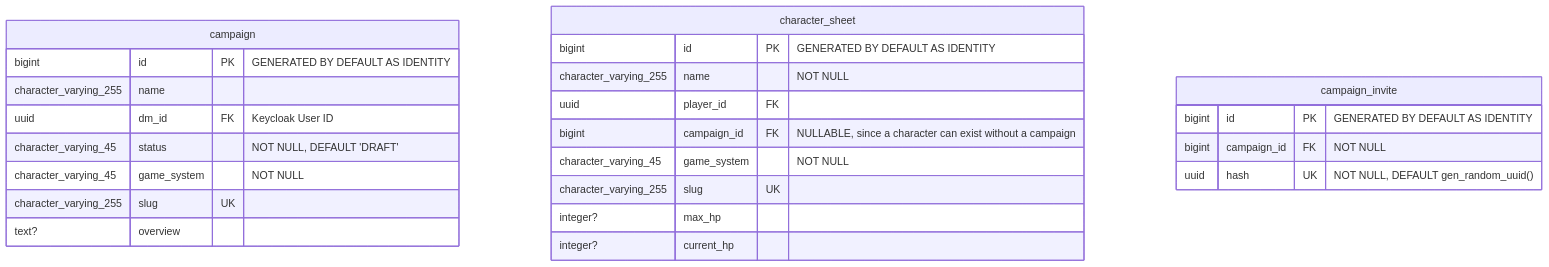
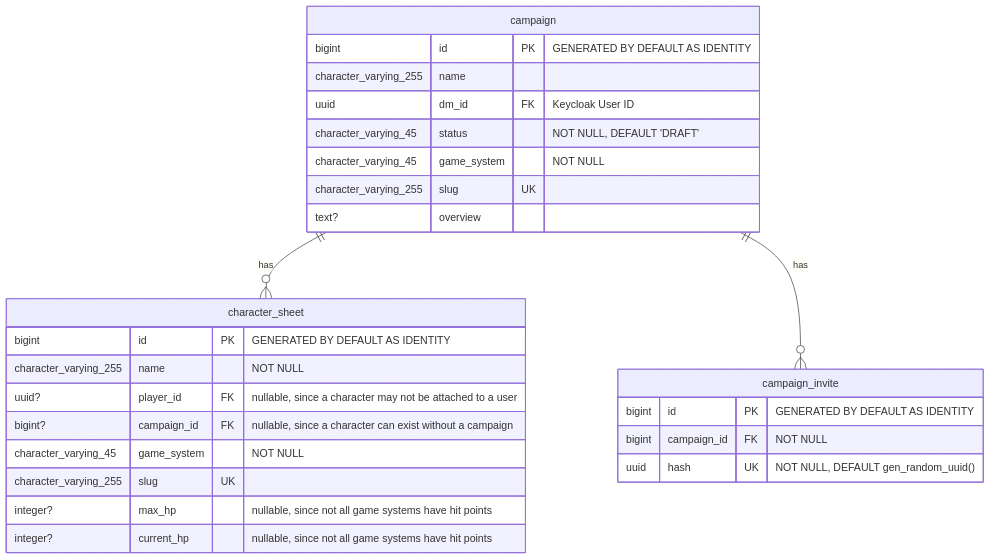
The diagram in README.md (hannaBanannaOF/questmaster-core), drawn with Mermaid before and after one commit. The commit also changed other lines of this file, not shown here.

````diff
--- a/README.md
+++ b/README.md
@@ -52,29 +52,32 @@
 ```mermaid
 erDiagram
     campaign {
         bigint id PK "GENERATED BY DEFAULT AS IDENTITY"
         character_varying_255 name
         uuid dm_id FK "Keycloak User ID"
         character_varying_45 status "NOT NULL, DEFAULT 'DRAFT'"
         character_varying_45 game_system "NOT NULL"
         character_varying_255 slug UK
         text? overview
     }
 
     character_sheet {
         bigint id PK "GENERATED BY DEFAULT AS IDENTITY"
         character_varying_255 name "NOT NULL"
-        uuid player_id FK
-        bigint campaign_id FK "NULLABLE, since a character can exist without a campaign"
+        uuid? player_id FK "nullable, since a character may not be attached to a user"
+        bigint? campaign_id FK "nullable, since a character can exist without a campaign"
         character_varying_45 game_system "NOT NULL"
         character_varying_255 slug UK
-        integer? max_hp
-        integer? current_hp
+        integer? max_hp "nullable, since not all game systems have hit points"
+        integer? current_hp "nullable, since not all game systems have hit points"
     }
 
     campaign_invite {
         bigint id PK "GENERATED BY DEFAULT AS IDENTITY"
         bigint campaign_id FK "NOT NULL"
         uuid hash UK "NOT NULL, DEFAULT gen_random_uuid()"
     }
+
+    campaign ||--o{ character_sheet : "has"
+    campaign ||--o{ campaign_invite : "has"
 ```
````
